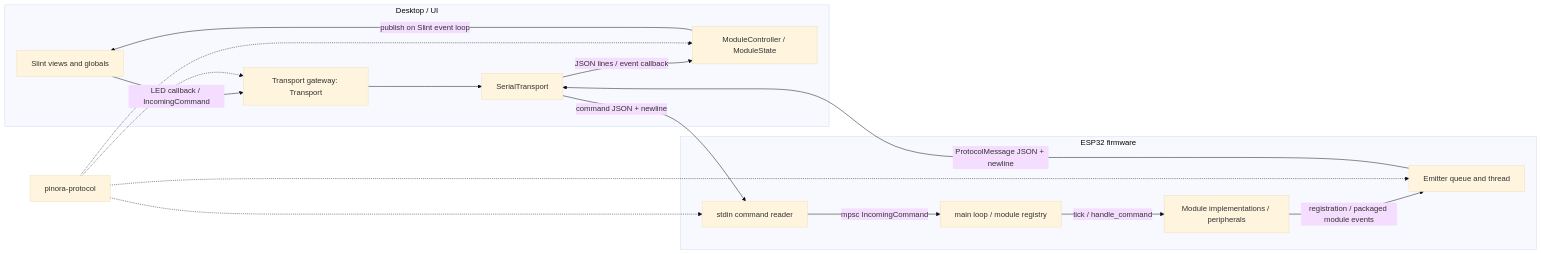
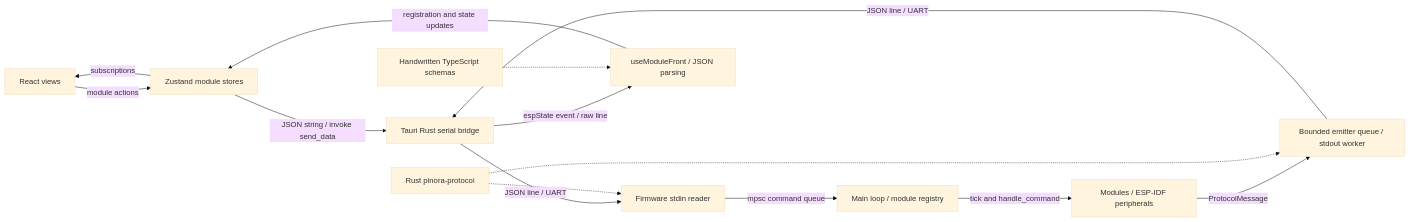
The diagram in README.md (Adeun-Ilemobola/Pinora_Templat), drawn with Mermaid (base theme) before and after one commit. The commit also changed other lines of this file and 33 other files, not shown here.

````diff
--- a/README.md
+++ b/README.md
@@ -40,28 +51,16 @@
 ```mermaid
 flowchart LR
-    subgraph Desktop["Desktop / UI"]
-        Views["Slint views and globals"]
-        Controller["ModuleController / ModuleState"]
-        Gate["Transport gateway: Transport"]
-        Serial["SerialTransport"]
-        Controller -->|"publish on Slint event loop"| Views
-        Views -->|"LED callback / IncomingCommand"| Gate
-        Gate --> Serial
-        Serial -->|"JSON lines / event callback"| Controller
-    end
-    subgraph ESP32["ESP32 firmware"]
-        Reader["stdin command reader"]
-        Registry["main loop / module registry"]
-        Hardware["Module implementations / peripherals"]
-        Emitter["Emitter queue and thread"]
-        Reader -->|"mpsc IncomingCommand"| Registry
-        Registry -->|"tick / handle_command"| Hardware
-        Hardware -->|"registration / packaged module events"| Emitter
-    end
-    Serial -->|"command JSON + newline"| Reader
-    Emitter -->|"ProtocolMessage JSON + newline"| Serial
-    Protocol["pinora-protocol"] -.-> Controller
-    Protocol -.-> Gate
-    Protocol -.-> Reader
-    Protocol -.-> Emitter
+    Views["React views"] -->|"module actions"| Stores["Zustand module stores"]
+    Stores -->|"JSON string / invoke send_data"| Backend["Tauri Rust serial bridge"]
+    Backend -->|"JSON line / UART"| Reader["Firmware stdin reader"]
+    Reader -->|"mpsc command queue"| Registry["Main loop / module registry"]
+    Registry -->|"tick and handle_command"| Hardware["Modules / ESP-IDF peripherals"]
+    Hardware -->|"ProtocolMessage"| Emit["Bounded emitter queue / stdout worker"]
+    Emit -->|"JSON line / UART"| Backend
+    Backend -->|"espState event / raw line"| Front["useModuleFront / JSON parsing"]
+    Front -->|"registration and state updates"| Stores
+    Stores -->|"subscriptions"| Views
+    Protocol["Rust pinora-protocol"] -.-> Reader
+    Protocol -.-> Emit
+    TS["Handwritten TypeScript schemas"] -.-> Front
 ```
````
